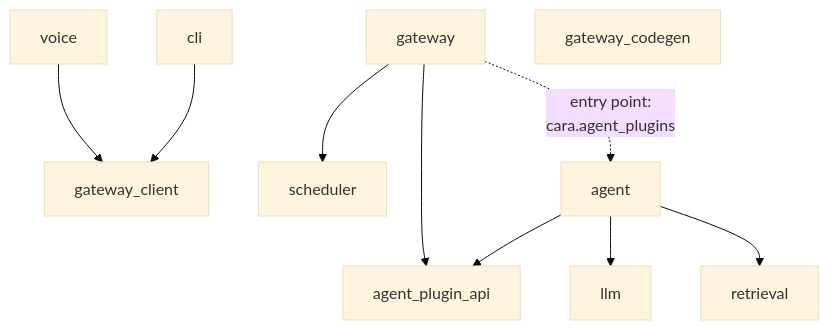
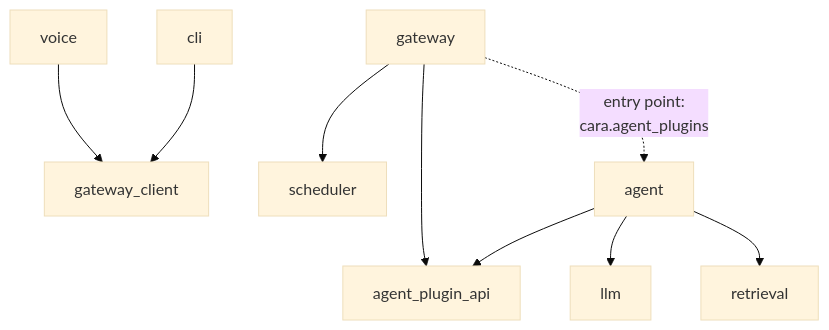
One commit to mathisarends/cara changed the second of 2 diagrams in README.md. Above: the diagram before and after it, drawn with Mermaid (base theme). The commit also changed other lines of this file and 13 other files, not shown here.

First line of the commit message:
Fold gateway-codegen into gateway-server

````diff
--- a/README.md
+++ b/README.md
@@ -88,18 +88,17 @@
 ```mermaid
 flowchart TD
     voice --> gateway_client
     cli --> gateway_client
     gateway --> agent_plugin_api
     gateway --> scheduler
     agent --> agent_plugin_api
     agent --> llm
     agent --> retrieval
     gateway -.->|"entry point:<br/>cara.agent_plugins"| agent
 
     gateway_client
-    gateway_codegen
     agent_plugin_api
     scheduler
     llm
     retrieval
 ```
````
